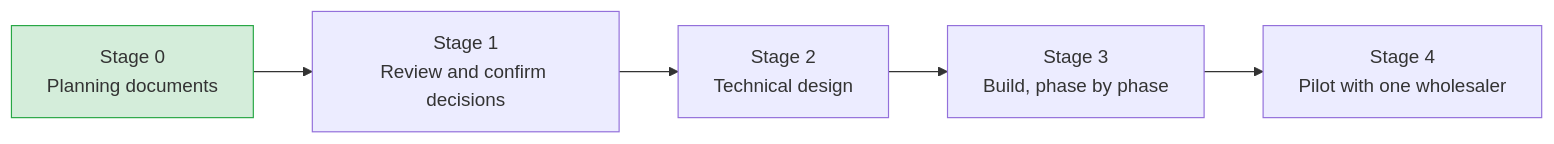
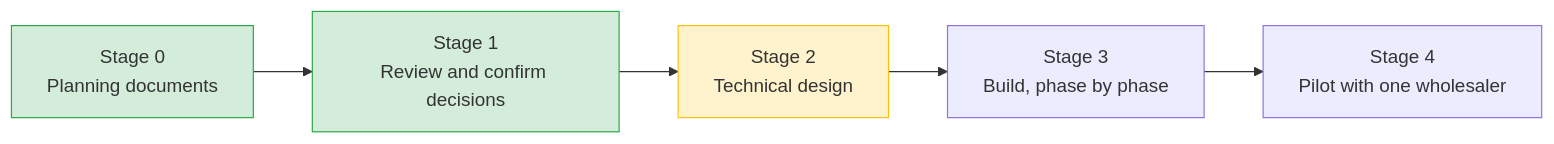
The first of 3 diagrams in docs/01-master-plan.md (AhmedElnagarUU/Cosmo), drawn with Mermaid before and after one commit. The commit also changed other lines of this file and 3 other files, not shown here.

````diff
--- a/docs/01-master-plan.md
+++ b/docs/01-master-plan.md
@@ -12,9 +12,11 @@
 ```mermaid
 flowchart LR
     P0[Stage 0<br/>Planning documents] --> P1[Stage 1<br/>Review and confirm decisions]
     P1 --> P2[Stage 2<br/>Technical design]
     P2 --> P3[Stage 3<br/>Build, phase by phase]
     P3 --> P4[Stage 4<br/>Pilot with one wholesaler]
 
     style P0 fill:#d4edda,stroke:#28a745
+    style P1 fill:#d4edda,stroke:#28a745
+    style P2 fill:#fff3cd,stroke:#ffc107
 ```
````
